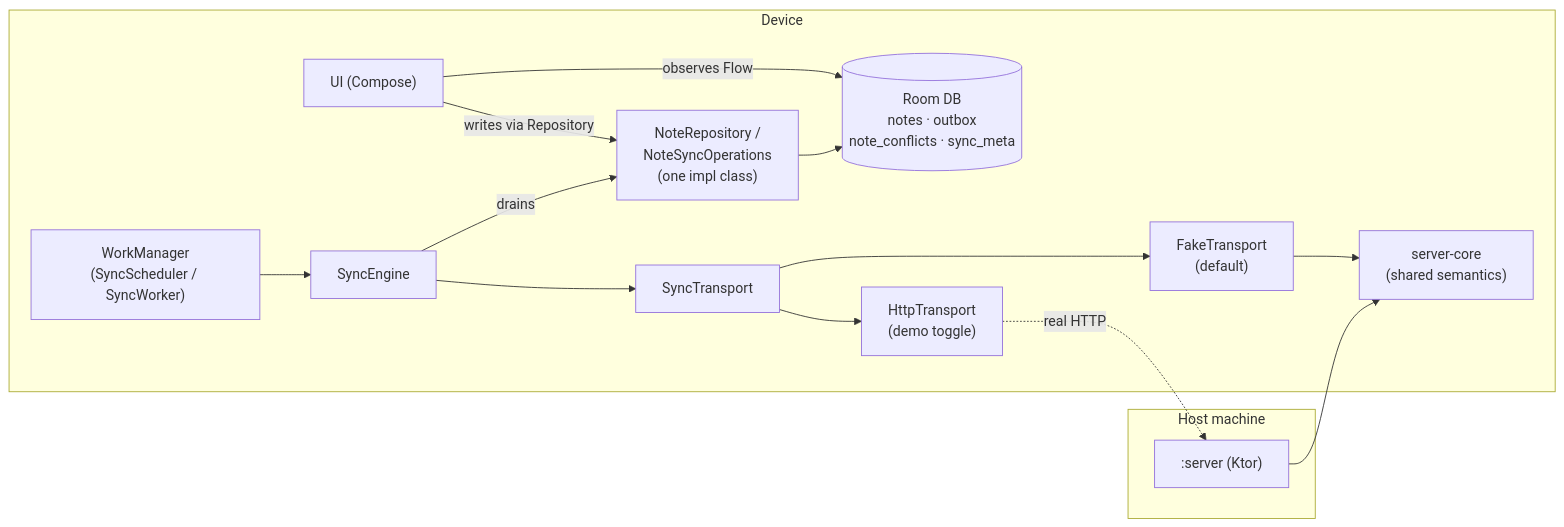
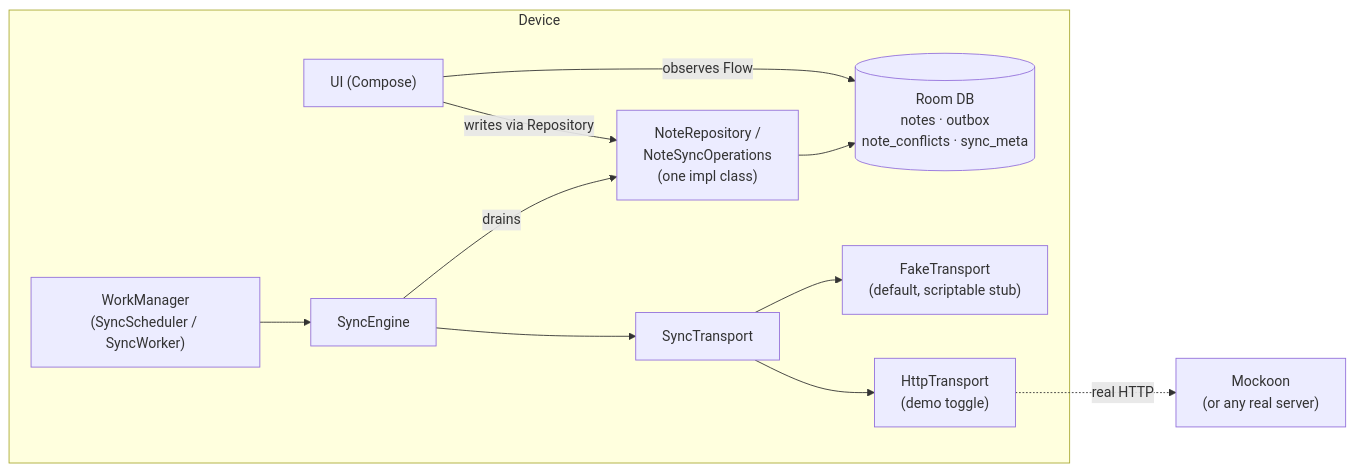
Before and after one commit to savvasg28/offline-notes: the first of 3 diagrams in README.md, drawn with Mermaid. The commit also changed other lines of this file and 30 other files, not shown here.

````diff
--- a/README.md
+++ b/README.md
@@ -33,21 +34,16 @@
 ```mermaid
 flowchart LR
     subgraph Device
         UI["UI (Compose)"] -- "writes via Repository" --> Repo
         Repo["NoteRepository /\nNoteSyncOperations\n(one impl class)"]
         Room[("Room DB\nnotes · outbox\nnote_conflicts · sync_meta")]
         UI -- "observes Flow" --> Room
         Repo --> Room
         Engine["SyncEngine"] -- "drains" --> Repo
         Work["WorkManager\n(SyncScheduler / SyncWorker)"] --> Engine
         Engine --> Transport["SyncTransport"]
-        Transport --> Fake["FakeTransport\n(default)"]
+        Transport --> Fake["FakeTransport\n(default, scriptable stub)"]
         Transport --> Http["HttpTransport\n(demo toggle)"]
-        Fake --> Core
     end
-    Core["server-core\n(shared semantics)"]
-    Http -. "real HTTP" .-> Server
-    subgraph "Host machine"
-        Server[":server (Ktor)"] --> Core
-    end
+    Http -. "real HTTP" .-> Backend["Mockoon\n(or any real server)"]
 ```
````
